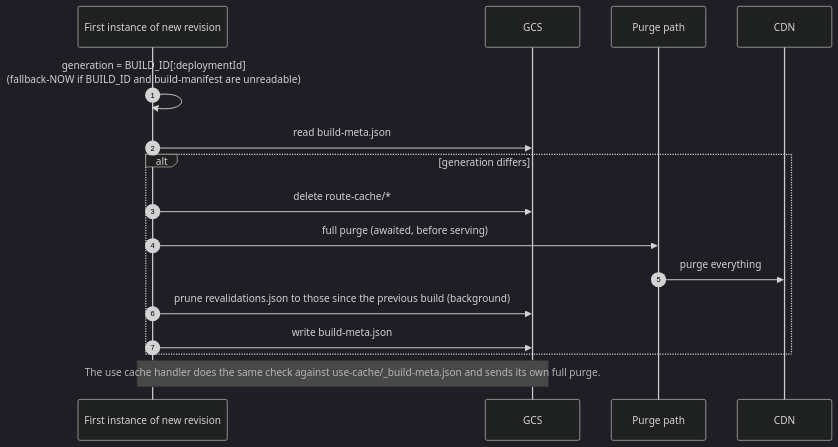
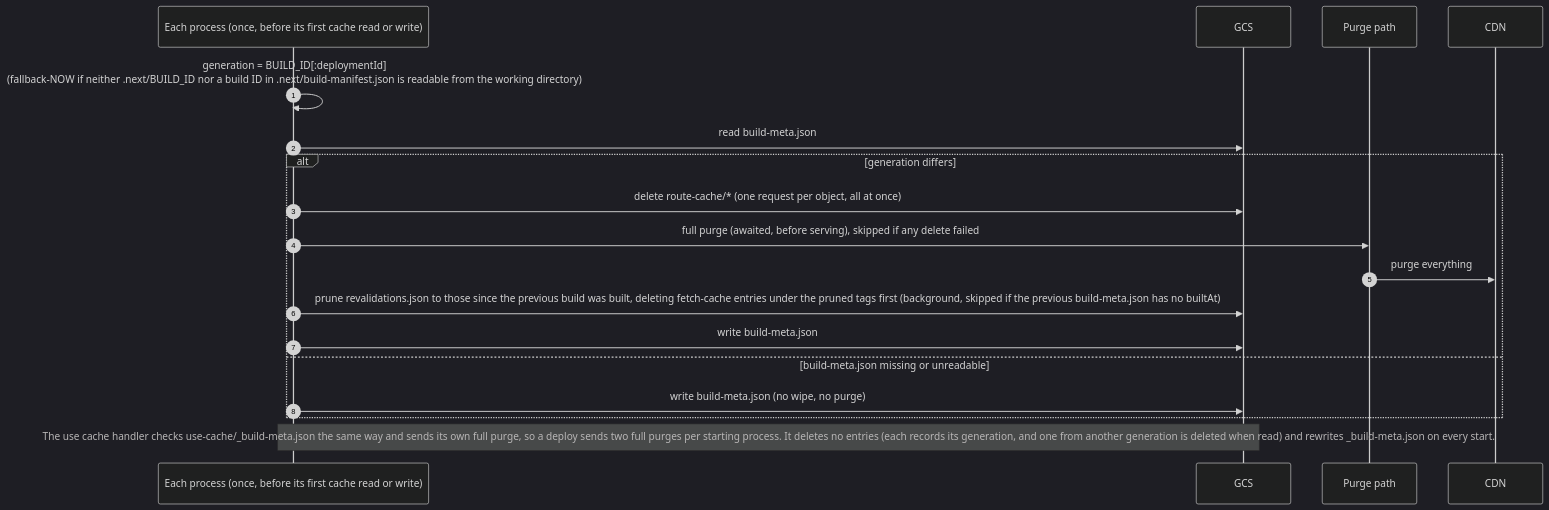
One commit to pantheon-systems/nextjs-cache-handler changed the fifth of 5 diagrams in ARCHITECTURE.md. Above: the diagram before and after it, drawn with Mermaid (dark theme). The commit also changed other lines of this file and 1 other file, not shown here.

````diff
--- a/ARCHITECTURE.md
+++ b/ARCHITECTURE.md
@@ -258,19 +263,21 @@
 ```mermaid
 sequenceDiagram
   autonumber
-  participant N as First instance of new revision
+  participant N as Each process (once, before its first cache read or write)
   participant G as GCS
   participant P as Purge path
   participant CDN
 
-  N->>N: generation = BUILD_ID[:deploymentId]<br/>(fallback-NOW if BUILD_ID and build-manifest are unreadable)
+  N->>N: generation = BUILD_ID[:deploymentId]<br/>(fallback-NOW if neither .next/BUILD_ID nor a build ID in .next/build-manifest.json is readable from the working directory)
   N->>G: read build-meta.json
   alt generation differs
-    N->>G: delete route-cache/*
-    N->>P: full purge (awaited, before serving)
+    N->>G: delete route-cache/* (one request per object, all at once)
+    N->>P: full purge (awaited, before serving), skipped if any delete failed
     P->>CDN: purge everything
-    N->>G: prune revalidations.json to those since the previous build (background)
+    N->>G: prune revalidations.json to those since the previous build was built, deleting fetch-cache entries under the pruned tags first (background, skipped if the previous build-meta.json has no builtAt)
     N->>G: write build-meta.json
+  else build-meta.json missing or unreadable
+    N->>G: write build-meta.json (no wipe, no purge)
   end
-  Note over N,G: The use cache handler does the same check against use-cache/_build-meta.json and sends its own full purge.
+  Note over N,G: The use cache handler checks use-cache/_build-meta.json the same way and sends its own full purge, so a deploy sends two full purges per starting process. It deletes no entries (each records its generation, and one from another generation is deleted when read) and rewrites _build-meta.json on every start.
 ```
````
